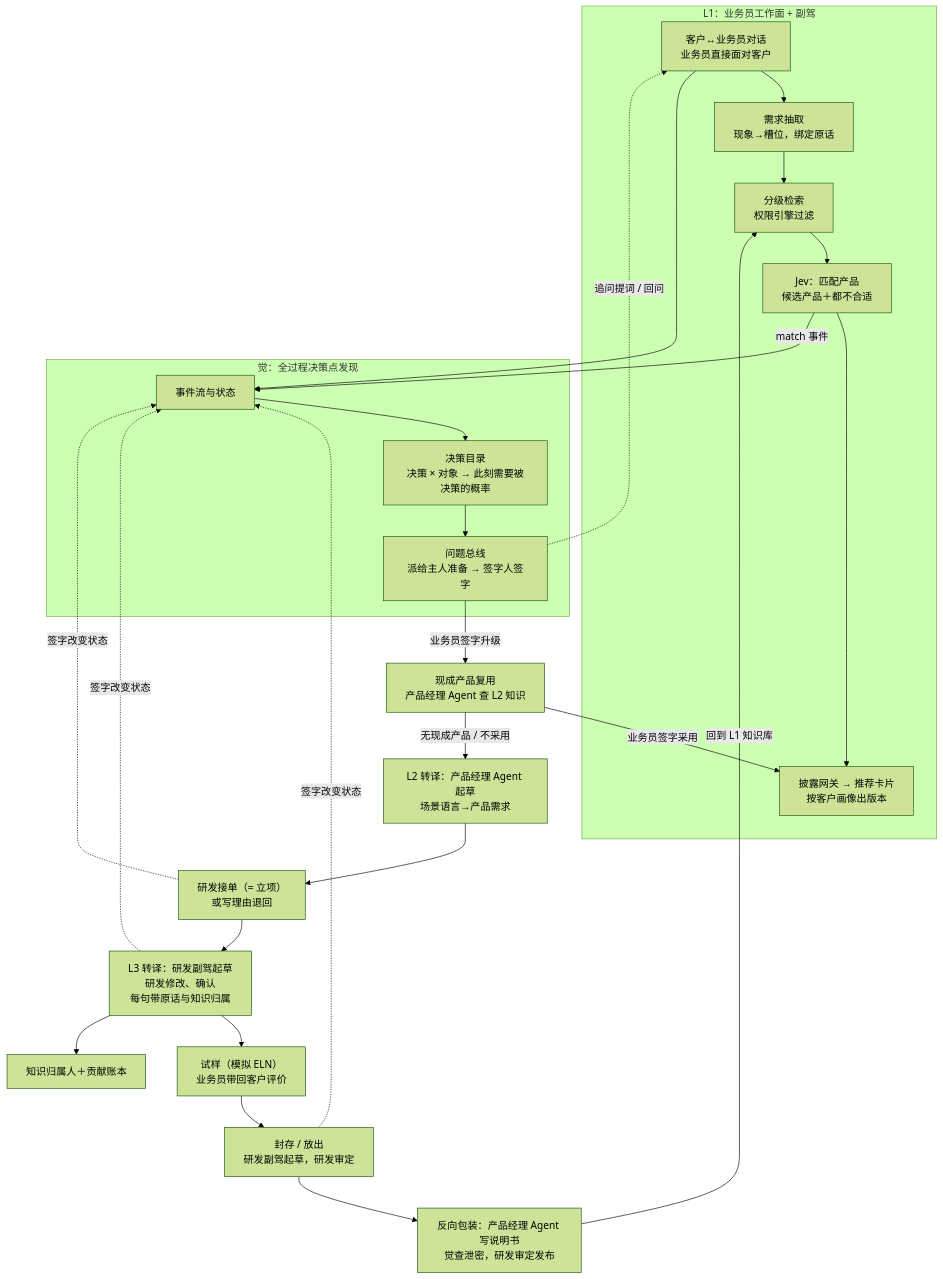
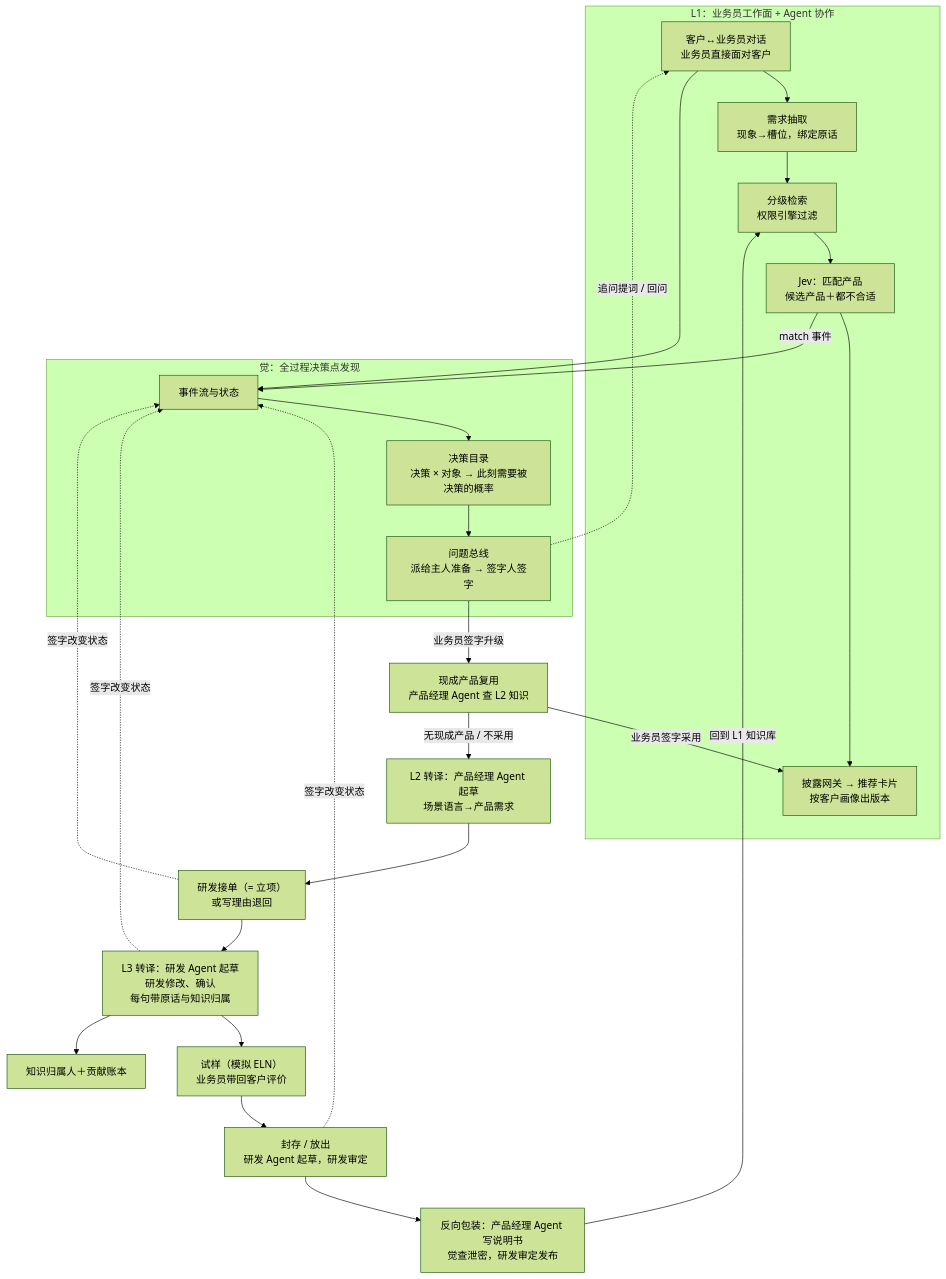
One commit to Deliaru/Hua-Yan changed the diagram in docs/ARCHITECTURE.md. Above: the diagram before and after it, drawn with Mermaid (forest theme). The commit also changed other lines of this file and 15 other files, not shown here.

````diff
--- a/docs/ARCHITECTURE.md
+++ b/docs/ARCHITECTURE.md
@@ -24,29 +24,29 @@
 ```mermaid
 flowchart TB
-  subgraph L1["L1：业务员工作面 + 副驾"]
+  subgraph L1["L1：业务员工作面 + Agent 协作"]
     A["客户↔业务员对话<br/>业务员直接面对客户"] --> B["需求抽取<br/>现象→槽位，绑定原话"]
     B --> C["分级检索<br/>权限引擎过滤"]
     C --> D["Jev：匹配产品<br/>候选产品＋都不合适"]
     D --> E["披露网关 → 推荐卡片<br/>按客户画像出版本"]
   end
   subgraph JUE["觉：全过程决策点发现"]
     R1["事件流与状态"] --> R2["决策目录<br/>决策 × 对象 → 此刻需要被决策的概率"]
     R2 --> BUS["问题总线<br/>派给主人准备 → 签字人签字"]
   end
   A --> R1
   D -- match 事件 --> R1
   BUS -. 追问提词 / 回问 .-> A
   BUS -- 业务员签字升级 --> REUSE["现成产品复用<br/>产品经理 Agent 查 L2 知识"]
   REUSE -- 业务员签字采用 --> E
   REUSE -- 无现成产品 / 不采用 --> PM["L2 转译：产品经理 Agent 起草<br/>场景语言→产品需求"]
   PM --> ACC["研发接单（= 立项）<br/>或写理由退回"]
-  ACC --> REQ["L3 转译：研发副驾起草<br/>研发修改、确认<br/>每句带原话与知识归属"]
+  ACC --> REQ["L3 转译：研发 Agent 起草<br/>研发修改、确认<br/>每句带原话与知识归属"]
   REQ --> RD["试样（模拟 ELN）<br/>业务员带回客户评价"]
-  RD --> SEAL["封存 / 放出<br/>研发副驾起草，研发审定"]
+  RD --> SEAL["封存 / 放出<br/>研发 Agent 起草，研发审定"]
   SEAL --> PKG["反向包装：产品经理 Agent 写说明书<br/>觉查泄密，研发审定发布"]
   PKG -- 回到 L1 知识库 --> C
   REQ --> OWN["知识归属人＋贡献账本"]
   ACC -. 签字改变状态 .-> R1
   REQ -. 签字改变状态 .-> R1
   SEAL -. 签字改变状态 .-> R1
 ```
````
